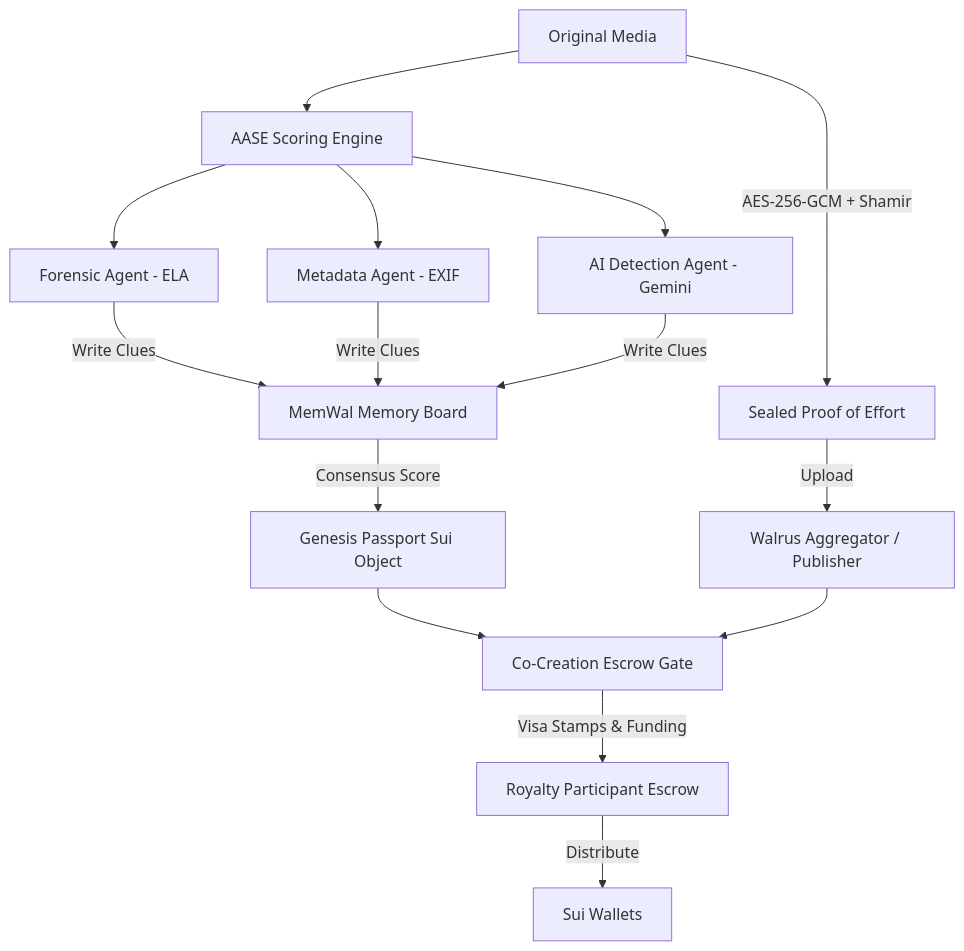
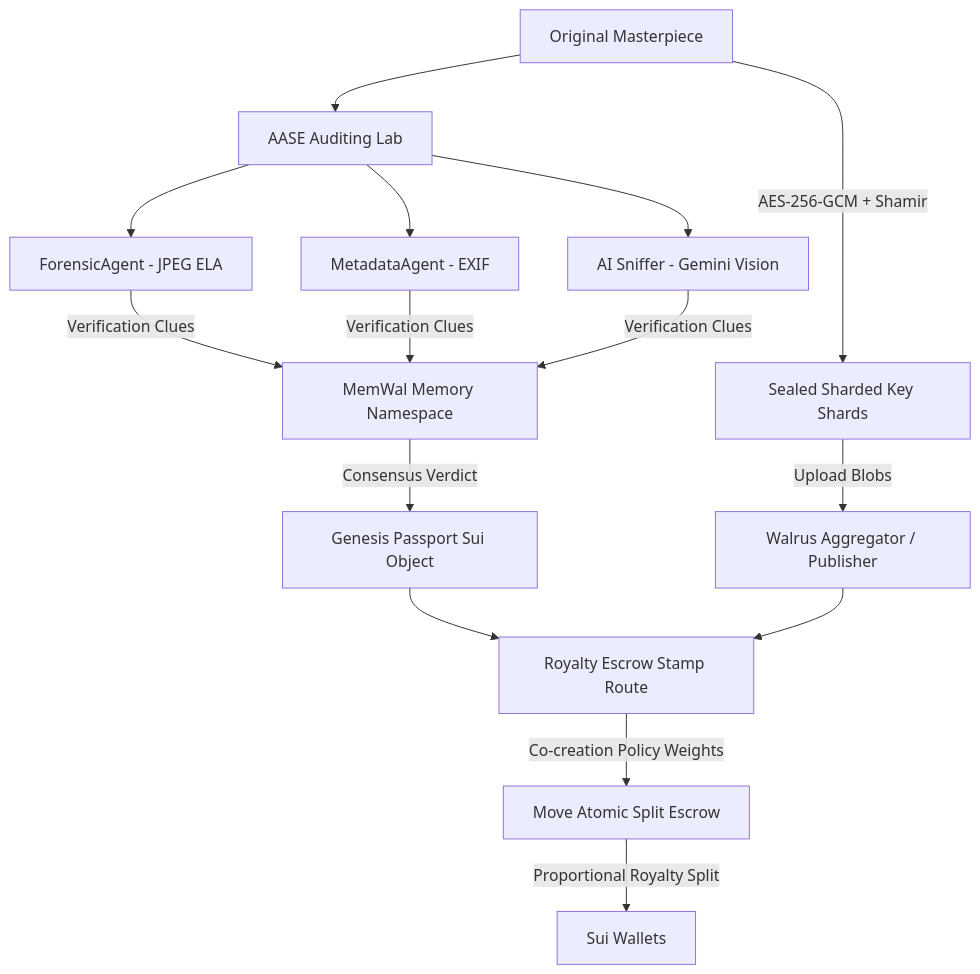
Before and after one commit to CisThard/content_passport: the diagram in README.md, drawn with Mermaid. The commit also changed other lines of this file, not shown here.

````diff
--- a/README.md
+++ b/README.md
@@ -25,14 +33,14 @@
 ```mermaid
 graph TD
-    A[Original Media] --> B[AASE Scoring Engine]
-    B --> C[Forensic Agent - ELA]
-    B --> D[Metadata Agent - EXIF]
-    B --> E[AI Detection Agent - Gemini]
-    C & D & E -->|Write Clues| F[MemWal Memory Board]
-    F -->|Consensus Score| G[Genesis Passport Sui Object]
-    A -->|AES-256-GCM + Shamir| H[Sealed Proof of Effort]
-    H -->|Upload| I[Walrus Aggregator / Publisher]
-    G & I --> J[Co-Creation Escrow Gate]
-    J -->|Visa Stamps & Funding| K[Royalty Participant Escrow]
-    K -->|Distribute| L[Sui Wallets]
+    A[Original Masterpiece] --> B[AASE Auditing Lab]
+    B --> C[ForensicAgent - JPEG ELA]
+    B --> D[MetadataAgent - EXIF]
+    B --> E[AI Sniffer - Gemini Vision]
+    C & D & E -->|Verification Clues| F[MemWal Memory Namespace]
+    F -->|Consensus Verdict| G[Genesis Passport Sui Object]
+    A -->|AES-256-GCM + Shamir| H[Sealed Sharded Key Shards]
+    H -->|Upload Blobs| I[Walrus Aggregator / Publisher]
+    G & I --> J[Royalty Escrow Stamp Route]
+    J -->|Co-creation Policy Weights| K[Move Atomic Split Escrow]
+    K -->|Proportional Royalty Split| L[Sui Wallets]
 ```
````
